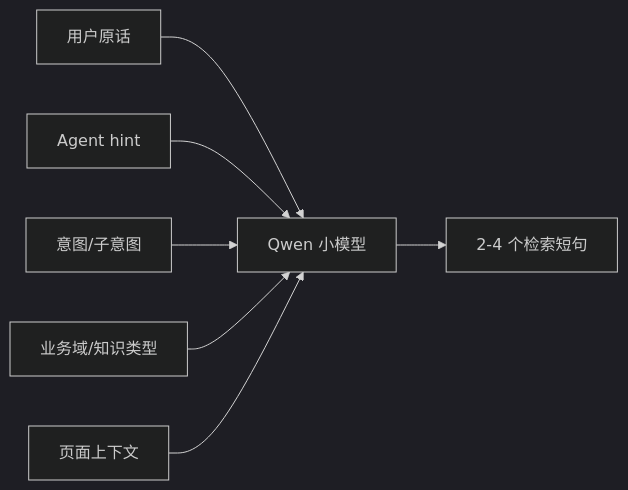
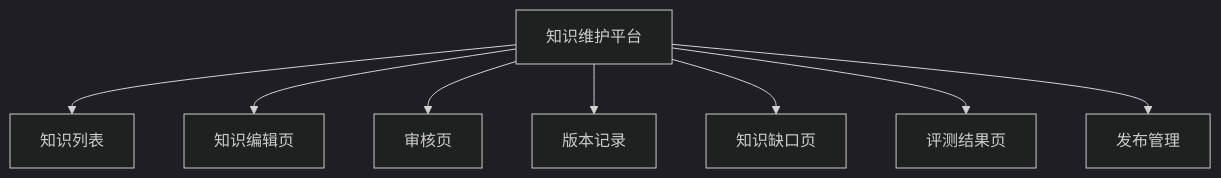
One commit to YYHRICH/dalizai-knowledge-rag-service changed diagram 13 of 25 in docs/rag_service_design_report_v1.0.md. Above: the diagram before and after it, drawn with Mermaid (dark theme). The commit also changed other lines of this file, not shown here.

````diff
--- a/docs/rag_service_design_report_v1.0.md
+++ b/docs/rag_service_design_report_v1.0.md
@@ -417,9 +468,10 @@
 ```mermaid
-flowchart LR
-    Raw[用户原话] --> LLM[Qwen 小模型]
-    Hint[Agent hint] --> LLM
-    Intent[意图/子意图] --> LLM
-    Filter[业务域/知识类型] --> LLM
-    Page[页面上下文] --> LLM
-    LLM --> Rewrite[2-4 个检索短句]
+flowchart TB
+    Platform[知识维护平台] --> List[知识列表]
+    Platform --> Edit[知识编辑页]
+    Platform --> Review[审核页]
+    Platform --> Version[版本记录]
+    Platform --> Gap[知识缺口页]
+    Platform --> Eval[评测结果页]
+    Platform --> Publish[发布管理]
 ```
````
